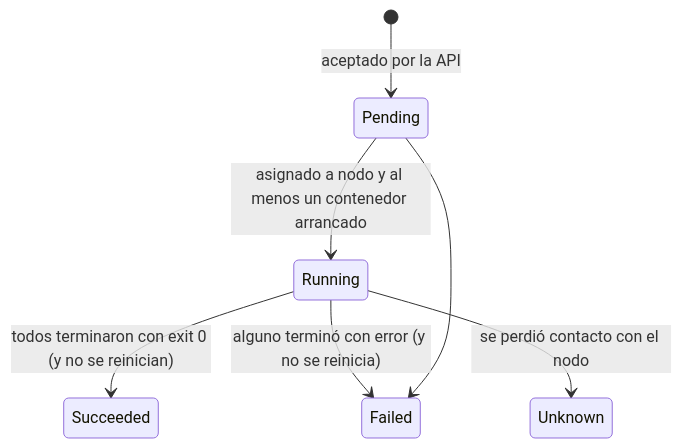
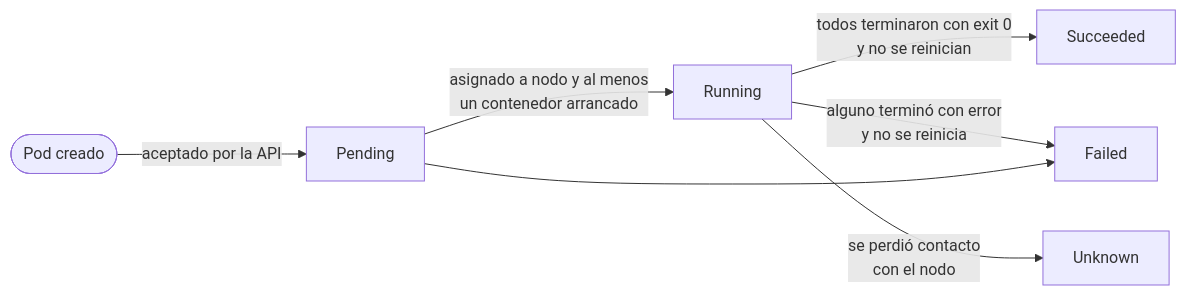
Before and after one commit to Dan9631/KubernetesLearningKCNA: the first of 2 diagrams in curso/03-workloads-pods-deployments.md, drawn with Mermaid. The commit also changed 6 other files, not shown here.

First line of the commit message:
Diagramas: los 37 tienen guía, las secuencias se recorren paso a paso y el recorrido se puede reproducir solo

````diff
--- a/curso/03-workloads-pods-deployments.md
+++ b/curso/03-workloads-pods-deployments.md
@@ -69,9 +69,9 @@
 ```mermaid
-stateDiagram-v2
-    [*] --> Pending: aceptado por la API
-    Pending --> Running: asignado a nodo y al menos un contenedor arrancado
-    Running --> Succeeded: todos terminaron con exit 0 (y no se reinician)
-    Running --> Failed: alguno terminó con error (y no se reinicia)
-    Pending --> Failed
-    Running --> Unknown: se perdió contacto con el nodo
+flowchart LR
+    I([Pod creado]) -->|aceptado por la API| PEN[Pending]
+    PEN -->|asignado a nodo y al menos<br/>un contenedor arrancado| RUN[Running]
+    RUN -->|todos terminaron con exit 0<br/>y no se reinician| SUC[Succeeded]
+    RUN -->|alguno terminó con error<br/>y no se reinicia| FAIL[Failed]
+    PEN --> FAIL
+    RUN -->|se perdió contacto<br/>con el nodo| UNK[Unknown]
 ```
````
